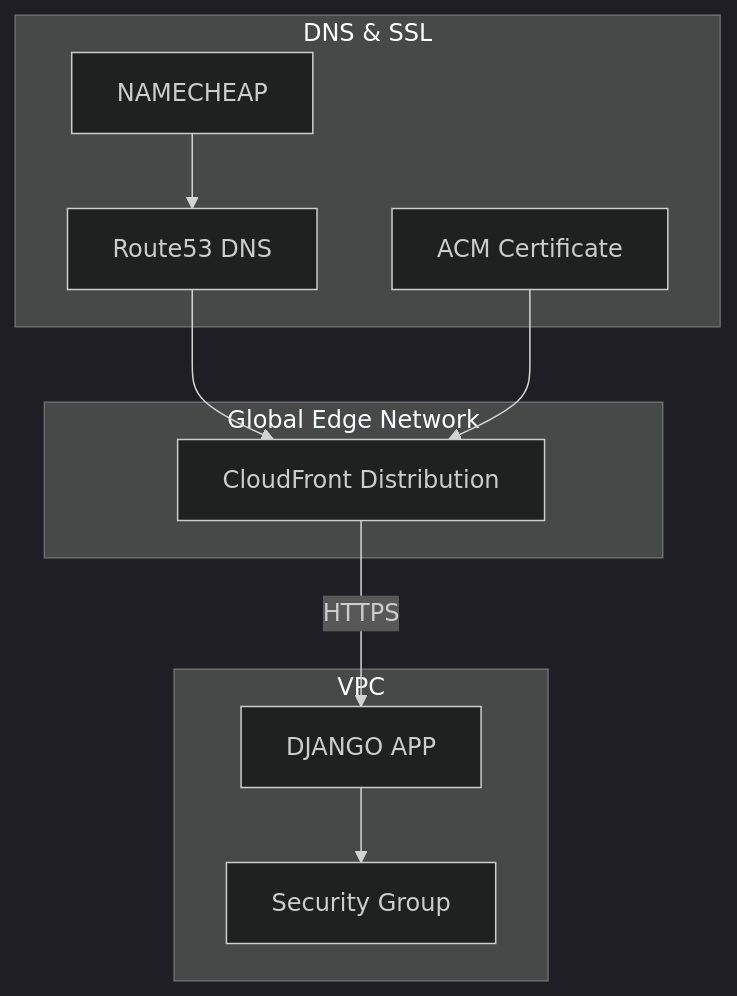
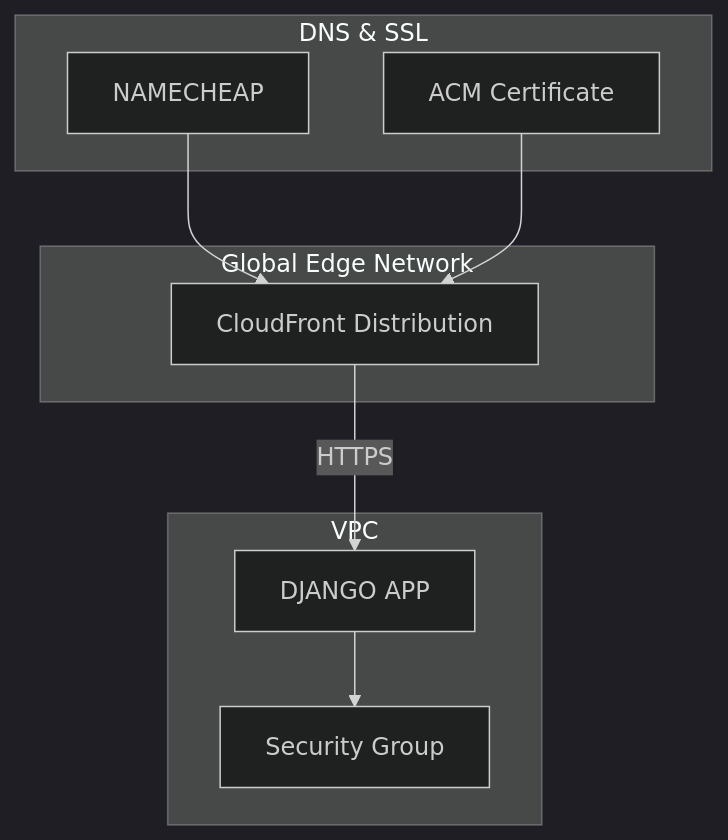
Before and after one commit to Atharvack/AWS-Portfolio: the first of 2 diagrams in README.md, drawn with Mermaid (dark theme). The commit also changed other lines of this file, not shown here.

```diff
--- a/README.md
+++ b/README.md
@@ -14,23 +14,23 @@
 <div class="mermaid">
 graph TB
     subgraph "Global Edge Network"
         CF[CloudFront Distribution]
     end
 
     subgraph "VPC"
         EC2[DJANGO APP]
         SG[Security Group]
         EC2 --> SG
     end
 
     subgraph "DNS & SSL"
-        Route53[Route53 DNS]
+        
         NAMECHEAP[NAMECHEAP]
         ACM[ACM Certificate]
     end
 
     CF --> |HTTPS| EC2
-    NAMECHEAP --> Route53
-    Route53 --> CF
+    NAMECHEAP --> CF
+   
     ACM --> CF
 </div>
```
